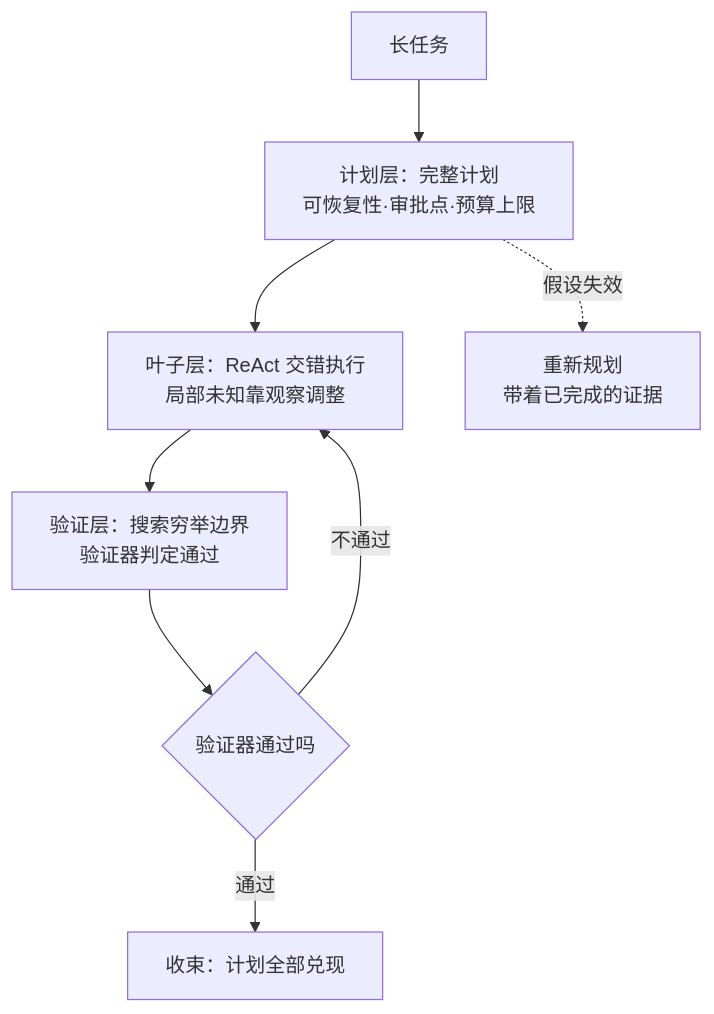
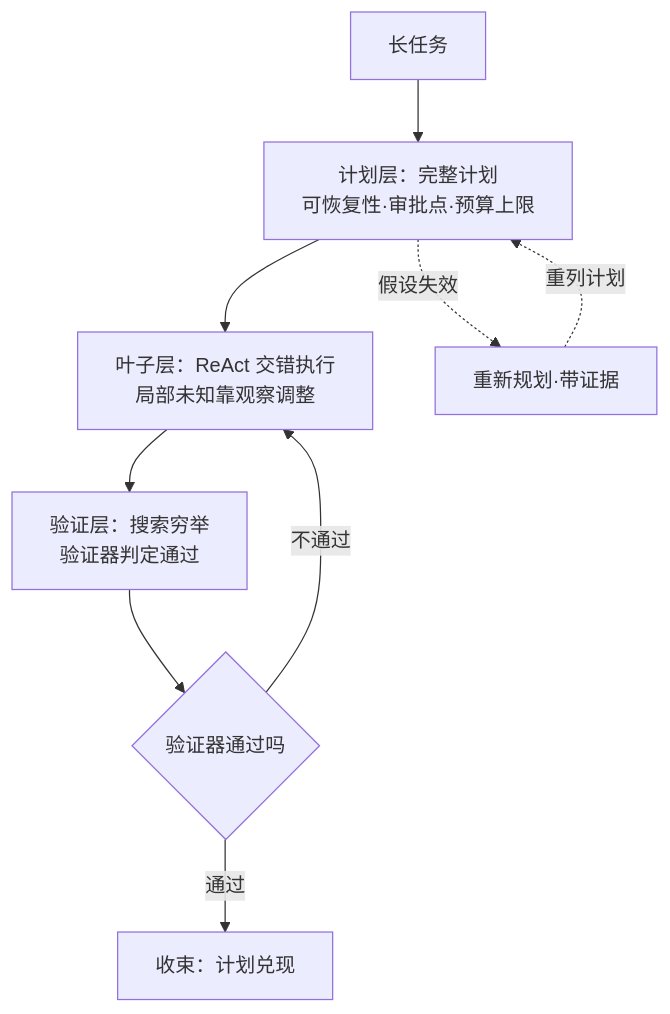
One commit to hub138/technical-knowledge changed the first of 2 diagrams in vault/工程知识/AI 系统工程：从模型能力到生产能力/Agent与工作流/ReAct计划执行搜索：三种行动范式的适用边界.md. Above: the diagram before and after it, drawn with Mermaid. The commit also changed other lines of this file and 622 other files, not shown here.

````diff
--- a/vault/工程知识/AI 系统工程：从模型能力到生产能力/Agent与工作流/ReAct计划执行搜索：三种行动范式的适用边界.md
+++ b/vault/工程知识/AI 系统工程：从模型能力到生产能力/Agent与工作流/ReAct计划执行搜索：三种行动范式的适用边界.md
@@ -39,10 +56,11 @@
 ```mermaid
 graph TD
     T[长任务] --> P[计划层：完整计划<br/>可恢复性·审批点·预算上限]
     P --> E[叶子层：ReAct 交错执行<br/>局部未知靠观察调整]
-    E --> V[验证层：搜索穷举边界<br/>验证器判定通过]
+    E --> V[验证层：搜索穷举<br/>验证器判定通过]
     V --> C{验证器通过吗}
     C -->|不通过| E
-    C -->|通过| OK[收束：计划全部兑现]
-    P -.->|假设失效| RP[重新规划<br/>带着已完成的证据]
+    C -->|通过| OK[收束：计划兑现]
+    P -.->|假设失效| RP[重新规划·带证据]
+    RP -.->|重列计划| P
 ```
````
